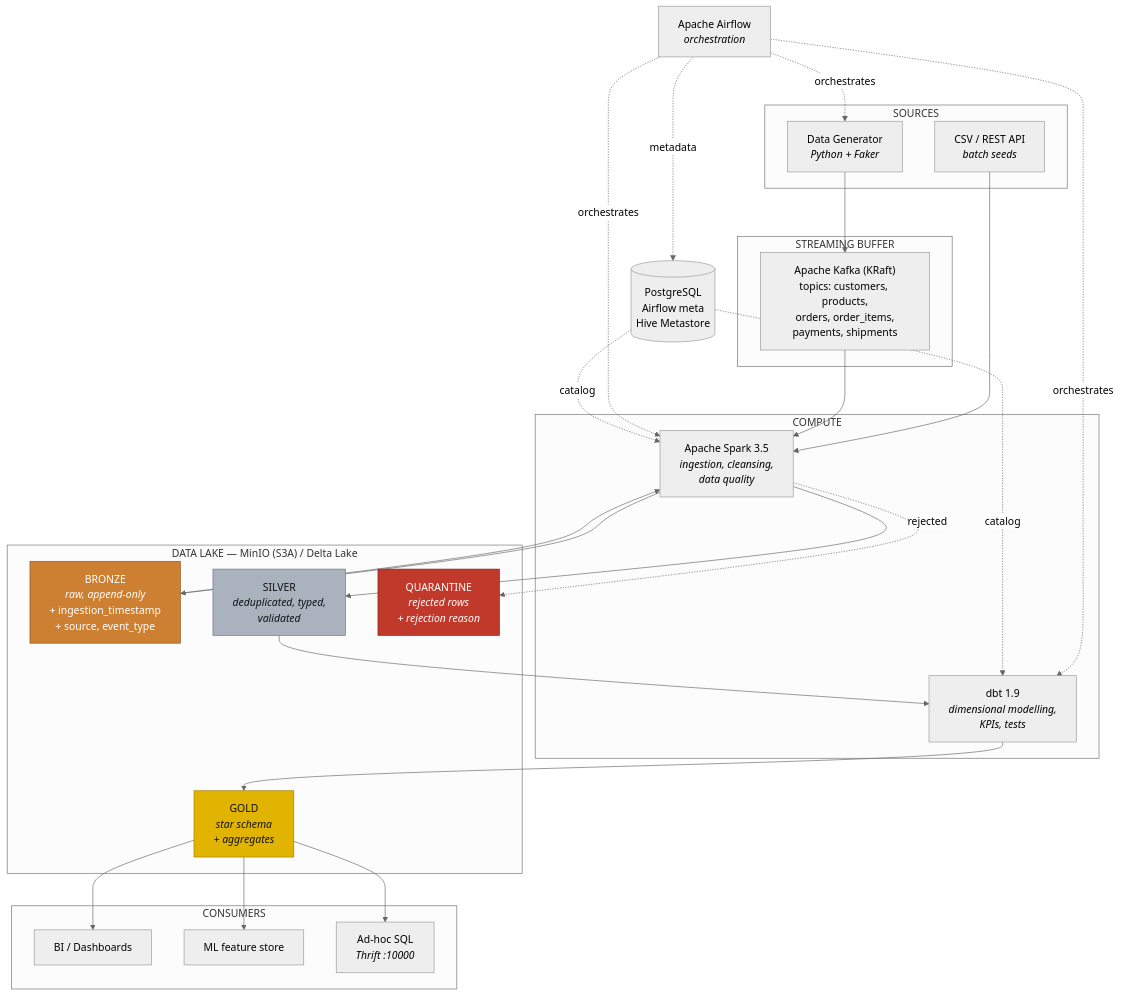
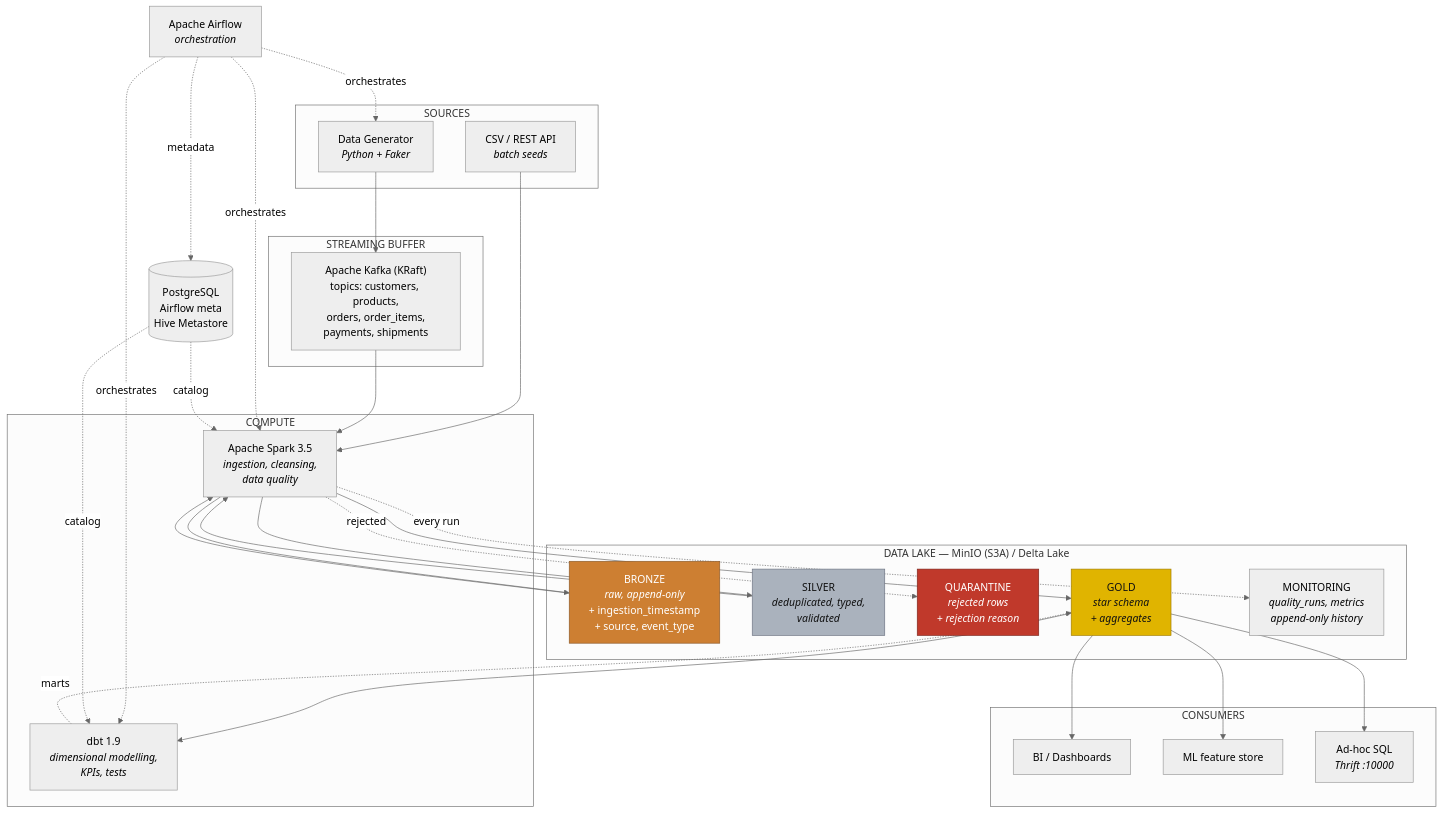
Before and after one commit to AymanMady/lakehouse-medallion: the diagram in docs/architecture.md, drawn with Mermaid (neutral theme). The commit also changed other lines of this file and 21 other files, not shown here.

First line of the commit message:
Implement monitoring and quality reporting for data pipeline

````diff
--- a/docs/architecture.md
+++ b/docs/architecture.md
@@ -5,61 +5,65 @@
 ```mermaid
 flowchart TD
     subgraph SRC["SOURCES"]
         GEN["Data Generator<br/><i>Python + Faker</i>"]
         CSV["CSV / REST API<br/><i>batch seeds</i>"]
     end
 
     subgraph STREAM["STREAMING BUFFER"]
         K["Apache Kafka (KRaft)<br/>topics: customers, products,<br/>orders, order_items,<br/>payments, shipments"]
     end
 
     subgraph LAKE["DATA LAKE — MinIO (S3A) / Delta Lake"]
         B["BRONZE<br/><i>raw, append-only</i><br/>+ ingestion_timestamp<br/>+ source, event_type"]
         S["SILVER<br/><i>deduplicated, typed,<br/>validated</i>"]
         Q["QUARANTINE<br/><i>rejected rows<br/>+ rejection reason</i>"]
         G["GOLD<br/><i>star schema<br/>+ aggregates</i>"]
+        M["MONITORING<br/><i>quality_runs, metrics<br/>append-only history</i>"]
     end
 
     subgraph COMPUTE["COMPUTE"]
         SP["Apache Spark 3.5<br/><i>ingestion, cleansing,<br/>data quality</i>"]
         DBT["dbt 1.9<br/><i>dimensional modelling,<br/>KPIs, tests</i>"]
     end
 
     subgraph SERVE["CONSUMERS"]
         BI["BI / Dashboards"]
         ML["ML feature store"]
         SQL["Ad-hoc SQL<br/><i>Thrift :10000</i>"]
     end
 
     AF["Apache Airflow<br/><i>orchestration</i>"]
     PG[("PostgreSQL<br/>Airflow meta<br/>Hive Metastore")]
 
     GEN --> K
     CSV --> SP
     K --> SP
     SP --> B
     B --> SP
     SP --> S
     SP -.rejected.-> Q
-    S --> DBT
-    DBT --> G
+    S --> SP
+    SP --> G
+    G --> DBT
+    DBT -.marts.-> G
     G --> BI
     G --> ML
     G --> SQL
+    SP -.every run.-> M
 
     AF -.orchestrates.-> SP
     AF -.orchestrates.-> DBT
     AF -.orchestrates.-> GEN
     PG -.catalog.-> SP
     PG -.catalog.-> DBT
     AF -.metadata.-> PG
 
     classDef bronze fill:#cd7f32,stroke:#8b5a2b,color:#fff
     classDef silver fill:#aab2bd,stroke:#6b7280,color:#111
     classDef gold   fill:#e0b400,stroke:#a07c00,color:#111
     classDef quar   fill:#c0392b,stroke:#7b241c,color:#fff
     class B bronze
     class S silver
     class G gold
     class Q quar
 ```
````
